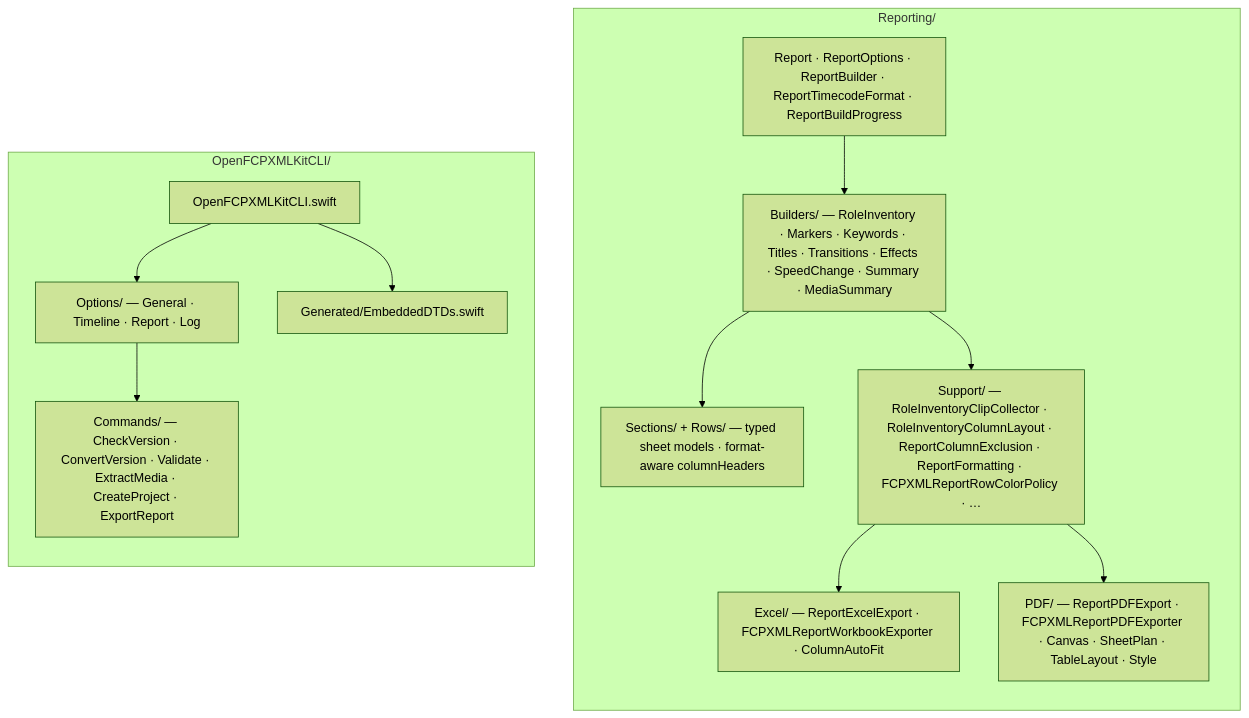
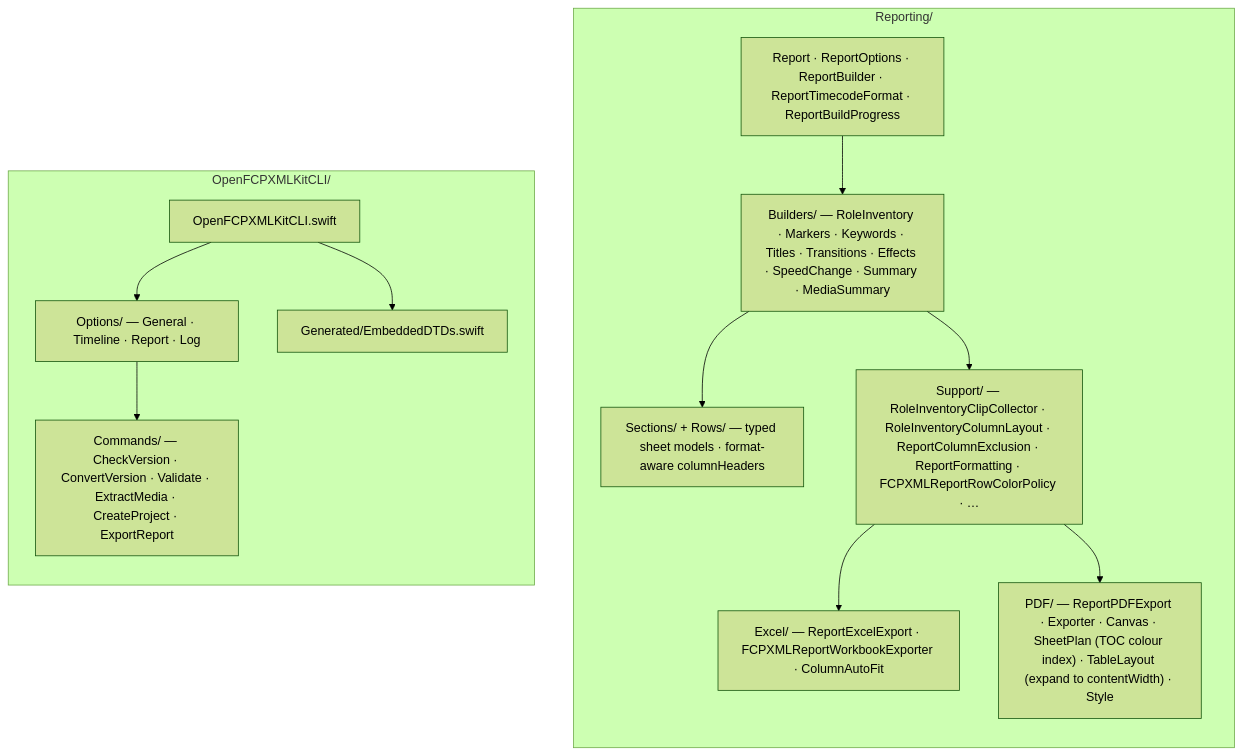
The third of 4 diagrams in ARCHITECTURE.md (TheAcharya/OpenFCPXMLKit), drawn with Mermaid (forest theme) before and after one commit. The commit also changed other lines of this file and 14 other files, not shown here.

````diff
--- a/ARCHITECTURE.md
+++ b/ARCHITECTURE.md
@@ -186,26 +186,26 @@
 ```mermaid
 flowchart TB
     subgraph REP_DETAIL["Reporting/"]
         direction TB
         R_TOP["Report · ReportOptions · ReportBuilder · ReportTimecodeFormat · ReportBuildProgress"]
         R_BLD["Builders/ — RoleInventory · Markers · Keywords · Titles · Transitions · Effects · SpeedChange · Summary · MediaSummary"]
         R_SEC["Sections/ + Rows/ — typed sheet models · format-aware columnHeaders"]
         R_SUP["Support/ — RoleInventoryClipCollector · RoleInventoryColumnLayout · ReportColumnExclusion · ReportFormatting · FCPXMLReportRowColorPolicy · …"]
         R_XLS["Excel/ — ReportExcelExport · FCPXMLReportWorkbookExporter · ColumnAutoFit"]
-        R_PDF["PDF/ — ReportPDFExport · FCPXMLReportPDFExporter · Canvas · SheetPlan · TableLayout · Style"]
+        R_PDF["PDF/ — ReportPDFExport · Exporter · Canvas · SheetPlan (TOC colour index) · TableLayout (expand to contentWidth) · Style"]
         R_TOP --> R_BLD --> R_SEC
         R_BLD --> R_SUP
         R_SUP --> R_XLS
         R_SUP --> R_PDF
     end
 
     subgraph CLI_DETAIL["OpenFCPXMLKitCLI/"]
         direction TB
         C_ROOT["OpenFCPXMLKitCLI.swift"]
         C_OPT["Options/ — General · Timeline · Report · Log"]
         C_CMD["Commands/ — CheckVersion · ConvertVersion · Validate · ExtractMedia · CreateProject · ExportReport"]
         C_GEN["Generated/EmbeddedDTDs.swift"]
         C_ROOT --> C_OPT --> C_CMD
         C_ROOT --> C_GEN
     end
 ```
````
